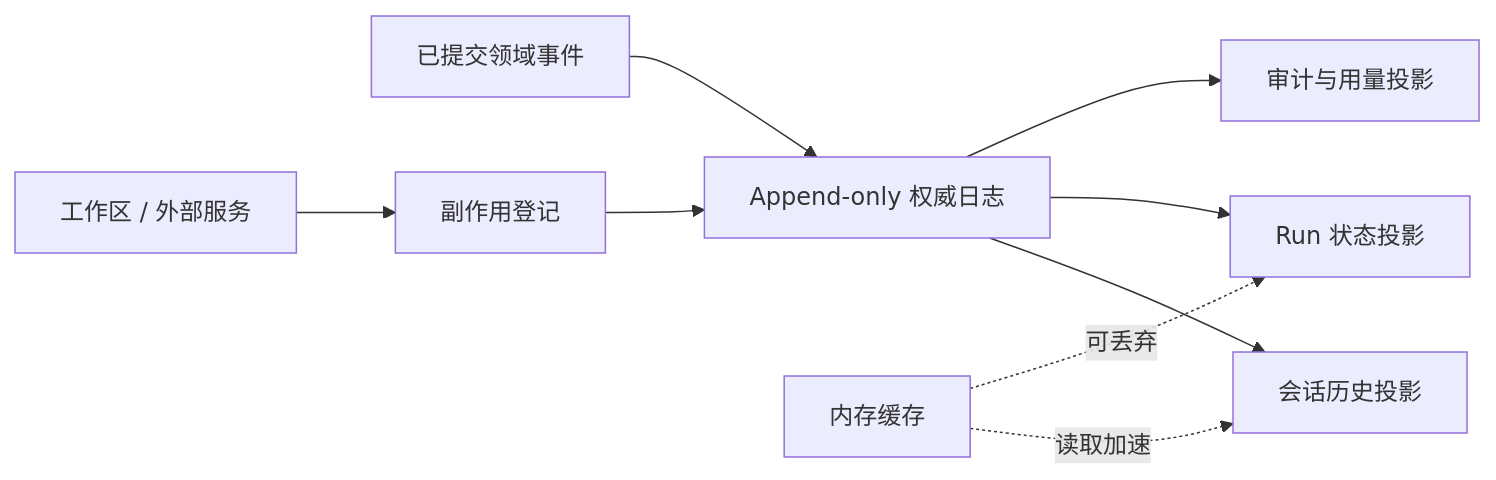
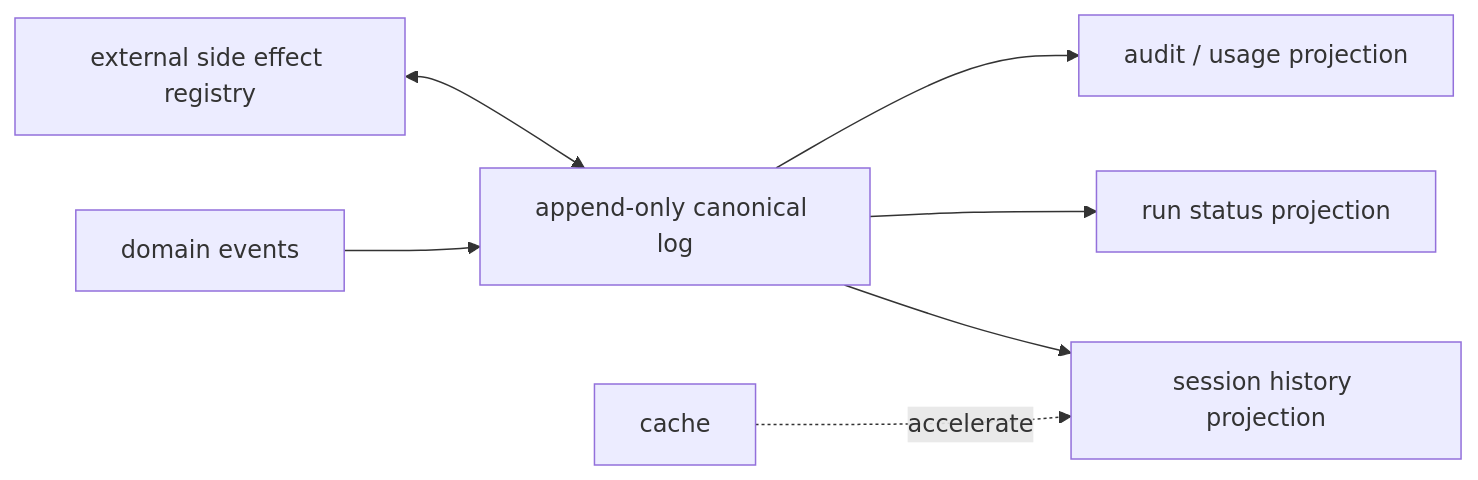
One commit to xiaoslin9153/awesome-agent-harness-tutorial changed the first of 2 diagrams in tutorial/zh-CN/02-harness-mechanics/persistence.md. Above: the diagram before and after it, drawn with Mermaid. The commit also changed other lines of this file and 3 other files, not shown here.

````diff
--- a/tutorial/zh-CN/02-harness-mechanics/persistence.md
+++ b/tutorial/zh-CN/02-harness-mechanics/persistence.md
@@ -34,11 +61,9 @@
 ```mermaid
 flowchart LR
-  E[已提交领域事件] --> L[Append-only 权威日志]
-  L --> P1[会话历史投影]
-  L --> P2[Run 状态投影]
-  L --> P3[审计与用量投影]
-  W[工作区 / 外部服务] --> X[副作用登记]
-  X --> L
-  C[内存缓存] -.读取加速.-> P1
-  C -.可丢弃.-> P2
+  E[domain events] --> L[append-only canonical log]
+  L --> P1[session history projection]
+  L --> P2[run status projection]
+  L --> P3[audit / usage projection]
+  X[external side effect registry] <--> L
+  C[cache] -.accelerate.-> P1
 ```
````
